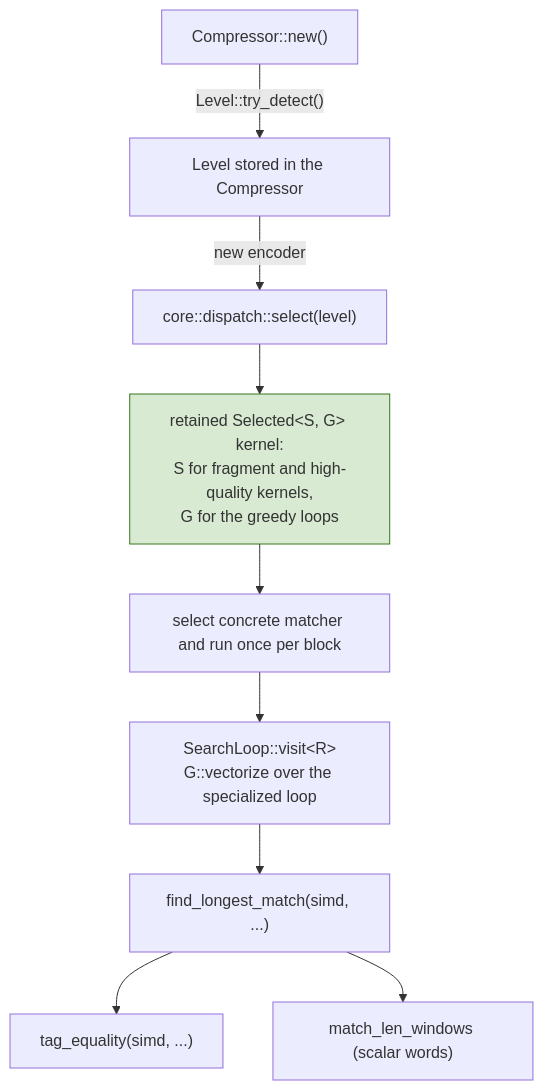
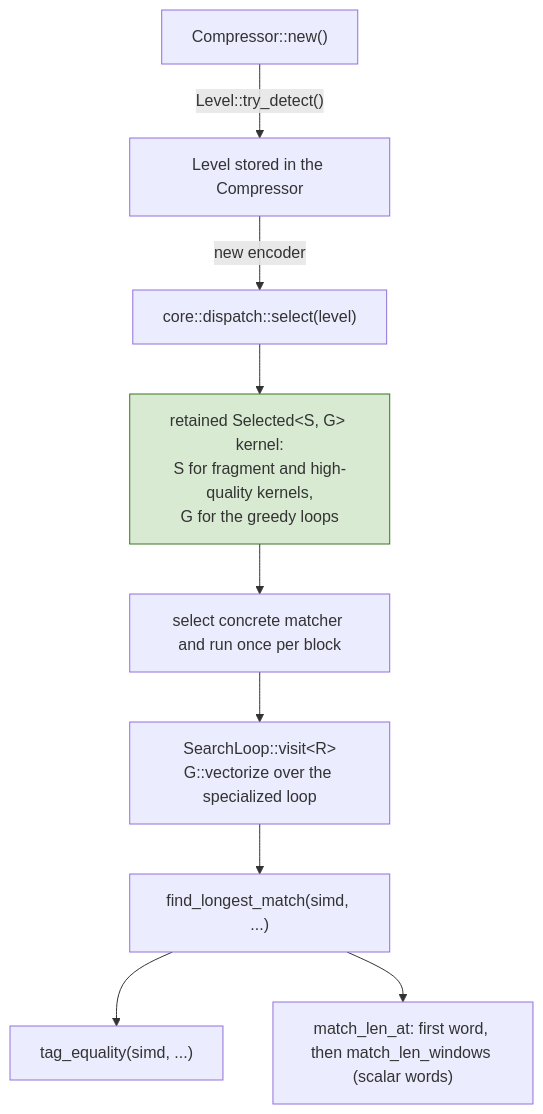
One commit to Mnwa/mbrotli changed diagram 11 of 11 in architecture/greedy-encoder.md. Above: the diagram before and after it, drawn with Mermaid. The commit also changed other lines of this file and 22 other files, not shown here.

````diff
--- a/architecture/greedy-encoder.md
+++ b/architecture/greedy-encoder.md
@@ -637,14 +639,14 @@
 ```mermaid
 graph TD
     A["Compressor::new()"] -->|"Level::try_detect()"| B["Level stored in the Compressor"]
     B -->|"new encoder"| C["core::dispatch::select(level)"]
     C --> D["retained Selected&lt;S, G&gt; kernel:<br/>S for fragment and high-quality kernels,<br/>G for the greedy loops"]
     D --> E["select concrete matcher and run once per block"]
     E --> V["SearchLoop::visit&lt;R&gt;<br/>G::vectorize over the specialized loop"]
     V --> F["find_longest_match(simd, ...)"]
     F --> G1["tag_equality(simd, ...)"]
-    F --> G2["match_len_windows (scalar words)"]
+    F --> G2["match_len_at: first word, then match_len_windows (scalar words)"]
 
     classDef once fill:#d9ead3,stroke:#38761d;
     class D once;
 ```
````
